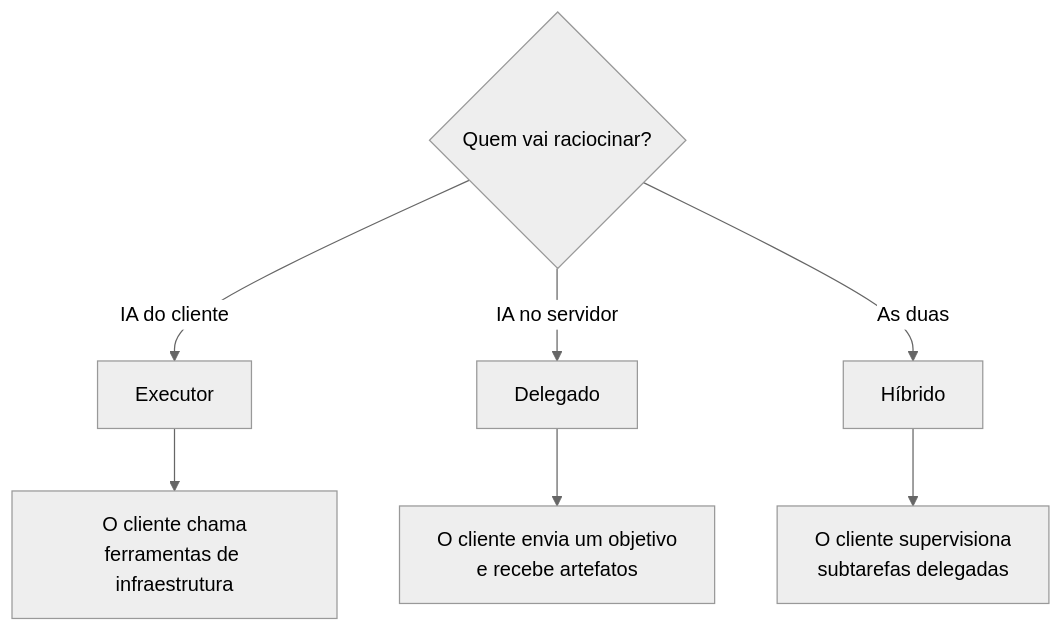
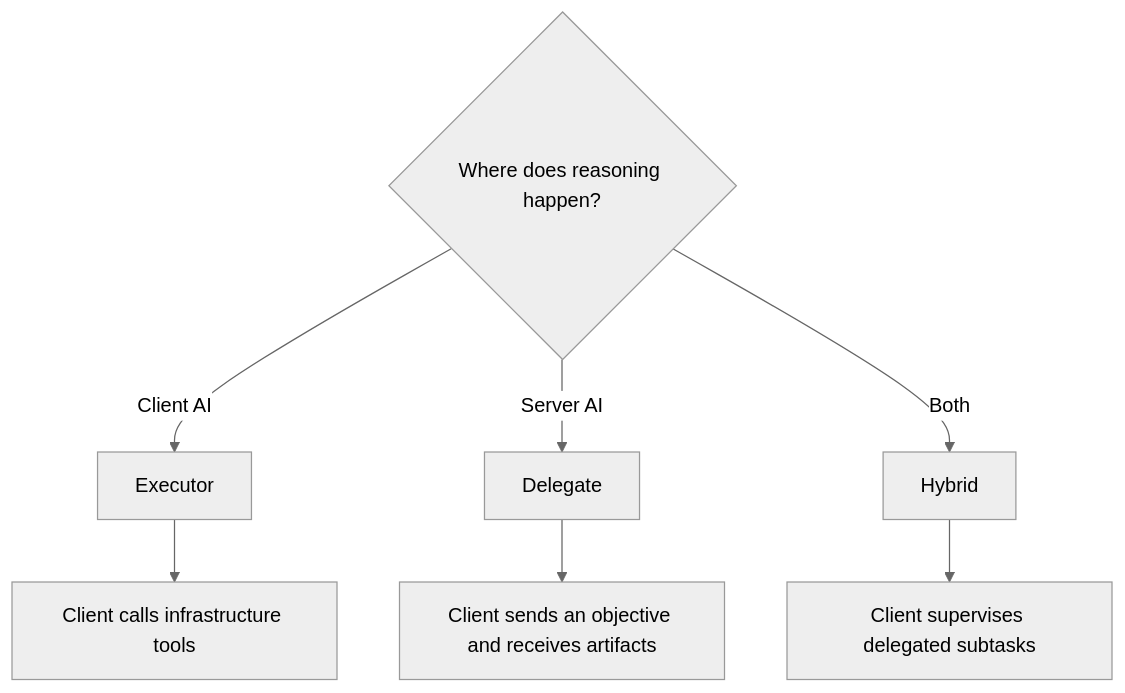
Before and after one commit to zarigata/double-agent: the second of 6 diagrams in README.md, drawn with Mermaid (neutral theme). The commit also changed other lines of this file and 29 other files, not shown here.

````diff
--- a/README.md
+++ b/README.md
@@ -125,11 +117,10 @@
 ```mermaid
 flowchart TB
-    Q{Quem vai raciocinar?}
-    Q -->|IA do cliente| E[Executor]
-    Q -->|IA no servidor| D[Delegado]
-    Q -->|As duas| H[Híbrido]
-
-    E --> E1[O cliente chama<br/>ferramentas de infraestrutura]
-    D --> D1[O cliente envia um objetivo<br/>e recebe artefatos]
-    H --> H1[O cliente supervisiona<br/>subtarefas delegadas]
+    Q{Where does reasoning happen?}
+    Q -->|Client AI| E[Executor]
+    Q -->|Server AI| D[Delegate]
+    Q -->|Both| H[Hybrid]
+    E --> E1[Client calls infrastructure tools]
+    D --> D1[Client sends an objective and receives artifacts]
+    H --> H1[Client supervises delegated subtasks]
 ```
````
